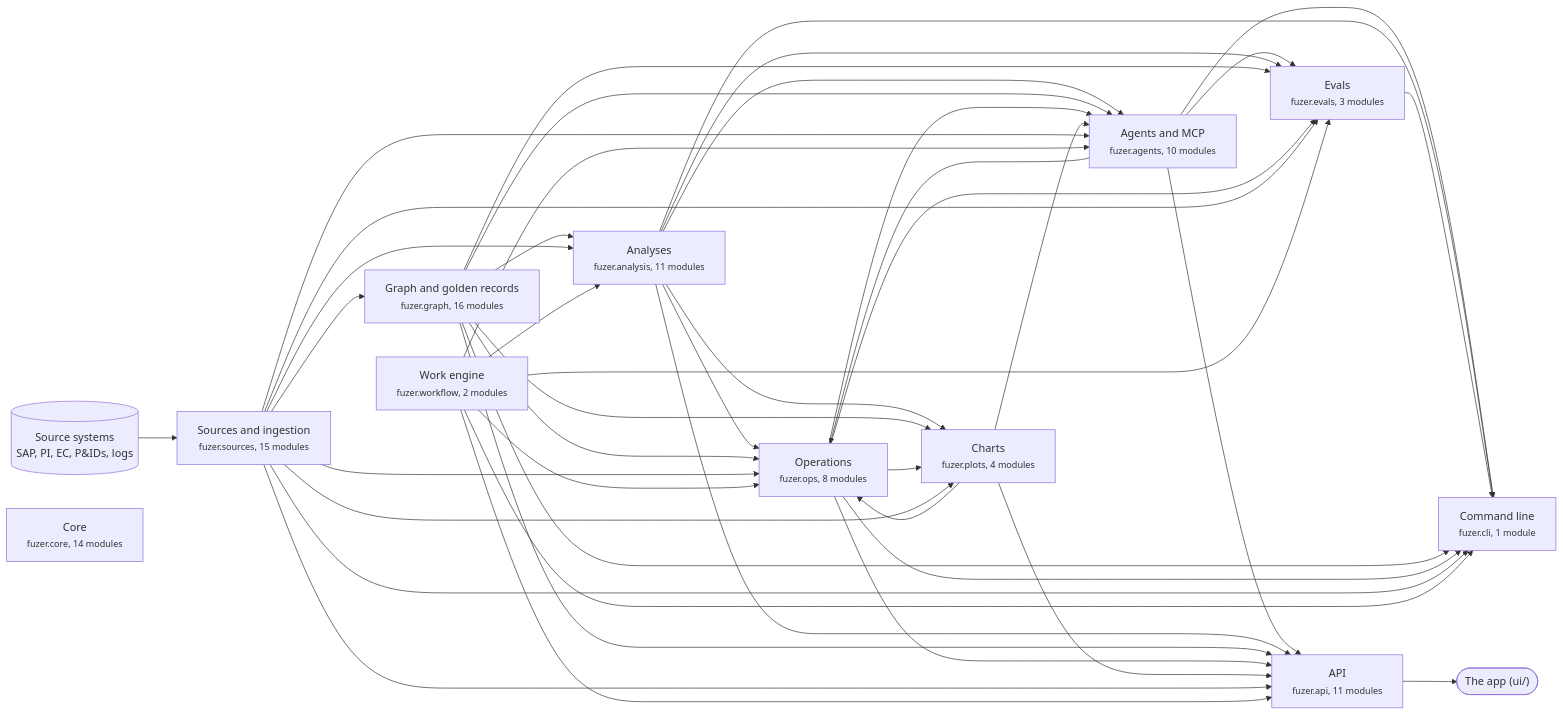
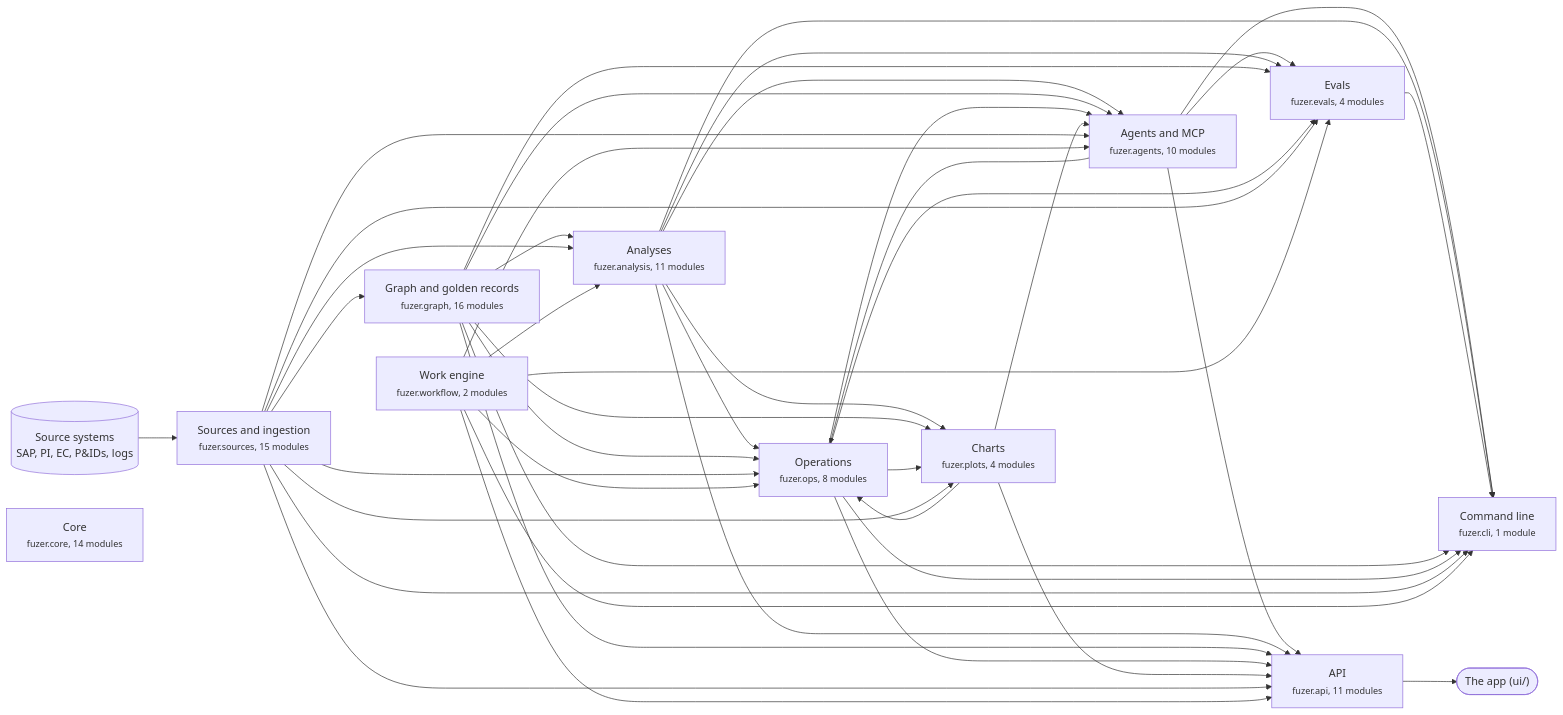
Before and after one commit to areed145/fuzer: the first of 3 diagrams in docs/architecture.md, drawn with Mermaid. The commit also changed other lines of this file and 13 other files, not shown here.

````diff
--- a/docs/architecture.md
+++ b/docs/architecture.md
@@ -8,68 +8,68 @@
 ```mermaid
 flowchart LR
   systems[("Source systems<br>SAP, PI, EC, P&IDs, logs")] --> c_sources
   app(["The app (ui/)"])
   c_api --> app
   c_sources["Sources and ingestion<br><small>fuzer.sources, 15 modules</small>"]
   c_graph["Graph and golden records<br><small>fuzer.graph, 16 modules</small>"]
   c_analysis["Analyses<br><small>fuzer.analysis, 11 modules</small>"]
   c_ops["Operations<br><small>fuzer.ops, 8 modules</small>"]
   c_plots["Charts<br><small>fuzer.plots, 4 modules</small>"]
   c_workflow["Work engine<br><small>fuzer.workflow, 2 modules</small>"]
   c_agents["Agents and MCP<br><small>fuzer.agents, 10 modules</small>"]
-  c_evals["Evals<br><small>fuzer.evals, 3 modules</small>"]
+  c_evals["Evals<br><small>fuzer.evals, 4 modules</small>"]
   c_api["API<br><small>fuzer.api, 11 modules</small>"]
   c_cli["Command line<br><small>fuzer.cli, 1 module</small>"]
   c_core["Core<br><small>fuzer.core, 14 modules</small>"]
   c_sources --> c_graph
   c_graph --> c_analysis
   c_sources --> c_analysis
   c_workflow --> c_analysis
   c_agents --> c_ops
   c_analysis --> c_ops
   c_graph --> c_ops
   c_plots --> c_ops
   c_sources --> c_ops
   c_workflow --> c_ops
   c_analysis --> c_plots
   c_graph --> c_plots
   c_ops --> c_plots
   c_sources --> c_plots
   c_analysis --> c_agents
   c_graph --> c_agents
   c_ops --> c_agents
   c_plots --> c_agents
   c_sources --> c_agents
   c_workflow --> c_agents
   c_agents --> c_evals
   c_analysis --> c_evals
   c_graph --> c_evals
   c_ops --> c_evals
   c_sources --> c_evals
   c_workflow --> c_evals
   c_agents --> c_api
   c_analysis --> c_api
   c_graph --> c_api
   c_ops --> c_api
   c_plots --> c_api
   c_sources --> c_api
   c_workflow --> c_api
   c_agents --> c_cli
   c_analysis --> c_cli
   c_evals --> c_cli
   c_graph --> c_cli
   c_ops --> c_cli
   c_sources --> c_cli
   c_workflow --> c_cli
   click c_sources "https://github.com/areed145/fuzer/tree/main/src/fuzer/sources"
   click c_graph "https://github.com/areed145/fuzer/tree/main/src/fuzer/graph"
   click c_analysis "https://github.com/areed145/fuzer/tree/main/src/fuzer/analysis"
   click c_ops "https://github.com/areed145/fuzer/tree/main/src/fuzer/ops"
   click c_plots "https://github.com/areed145/fuzer/tree/main/src/fuzer/plots"
   click c_workflow "https://github.com/areed145/fuzer/tree/main/src/fuzer/workflow"
   click c_agents "https://github.com/areed145/fuzer/tree/main/src/fuzer/agents"
   click c_evals "https://github.com/areed145/fuzer/tree/main/src/fuzer/evals"
   click c_api "https://github.com/areed145/fuzer/tree/main/src/fuzer/api"
   click c_cli "https://github.com/areed145/fuzer/tree/main/src/fuzer/cli"
   click c_core "https://github.com/areed145/fuzer/tree/main/src/fuzer/core"
 ```
````
